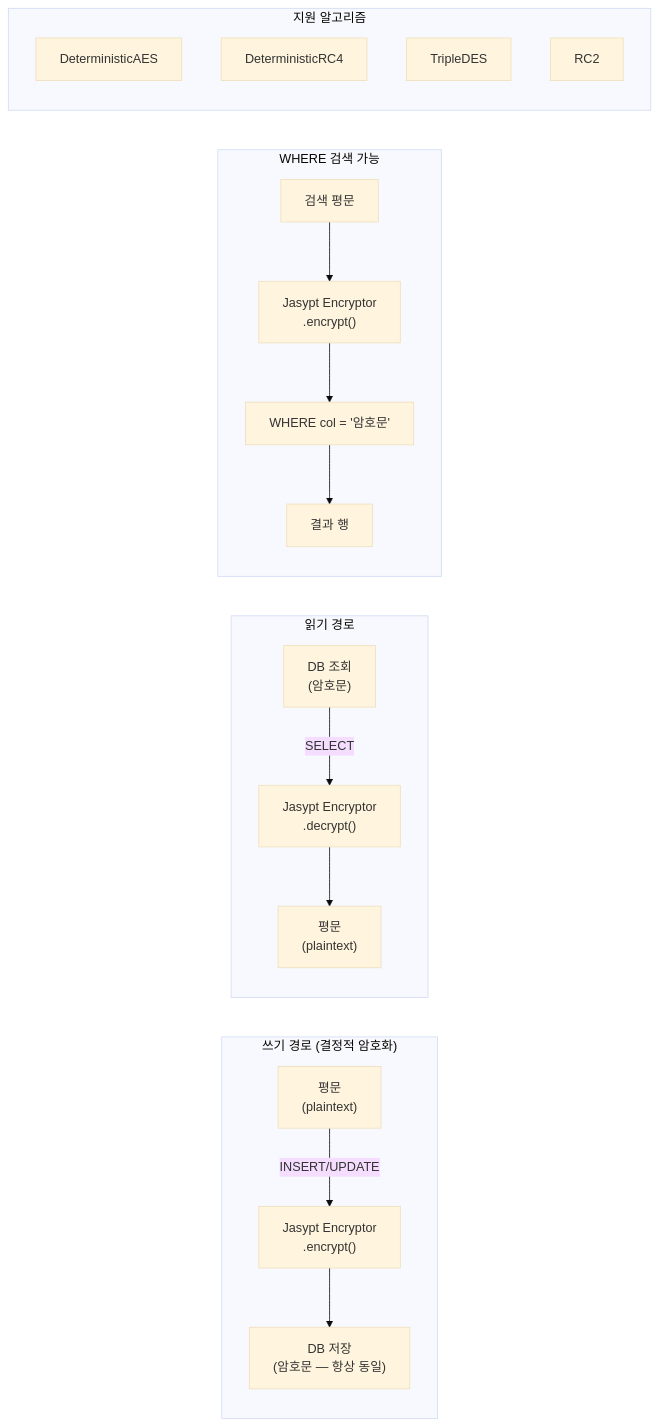
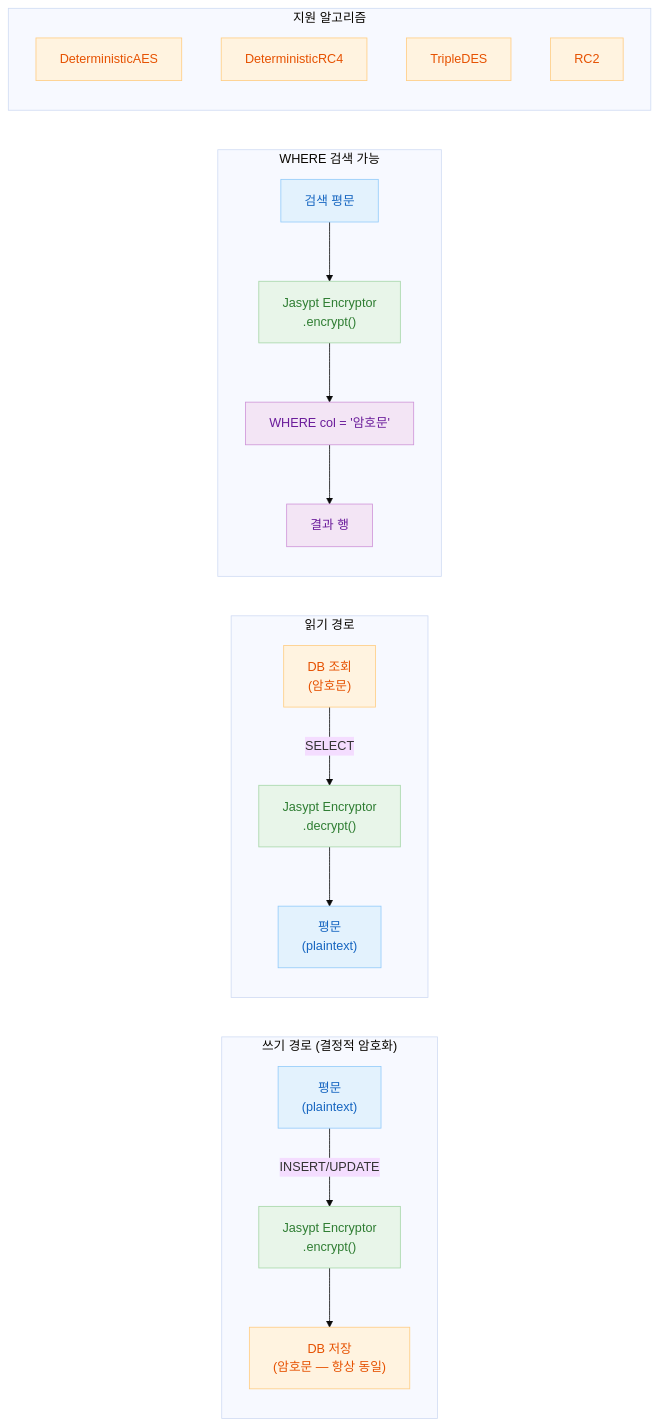
Before and after one commit to bluetape4k/exposed-workshop: the diagram in 06-advanced/10-exposed-jasypt/README.md, drawn with Mermaid (base theme). The commit also changed 56 other files, not shown here.

First line of the commit message:
docs: 전체 README mermaid 다이어그램에 파스텔 톤 색상 적용

````diff
--- a/06-advanced/10-exposed-jasypt/README.md
+++ b/06-advanced/10-exposed-jasypt/README.md
@@ -19,32 +19,43 @@
 ```mermaid
 flowchart LR
     subgraph Write["쓰기 경로 (결정적 암호화)"]
         PT1["평문\n(plaintext)"]
         JENC["Jasypt Encryptor\n.encrypt()"]
         DB_W["DB 저장\n(암호문 — 항상 동일)"]
     end
 
     subgraph Read["읽기 경로"]
         DB_R["DB 조회\n(암호문)"]
         JDEC["Jasypt Encryptor\n.decrypt()"]
         PT2["평문\n(plaintext)"]
     end
 
     subgraph Search["WHERE 검색 가능"]
         PT3["검색 평문"]
         JENC2["Jasypt Encryptor\n.encrypt()"]
         WHERE["WHERE col = '암호문'"]
         RESULT["결과 행"]
     end
 
     PT1 -->|INSERT/UPDATE| JENC --> DB_W
     DB_R -->|SELECT| JDEC --> PT2
     PT3 --> JENC2 --> WHERE --> RESULT
 
     subgraph Algorithms["지원 알고리즘"]
         AES["DeterministicAES"]
         RC4["DeterministicRC4"]
         TDES["TripleDES"]
         RC2["RC2"]
     end
+
+    classDef blue fill:#E3F2FD,stroke:#90CAF9,color:#1565C0
+    classDef green fill:#E8F5E9,stroke:#A5D6A7,color:#2E7D32
+    classDef orange fill:#FFF3E0,stroke:#FFCC80,color:#E65100
+    classDef purple fill:#F3E5F5,stroke:#CE93D8,color:#6A1B9A
+
+    class PT1,PT2,PT3 blue
+    class JENC,JDEC,JENC2 green
+    class DB_W,DB_R orange
+    class WHERE,RESULT purple
+    class AES,RC4,TDES,RC2 orange
 ```
````
